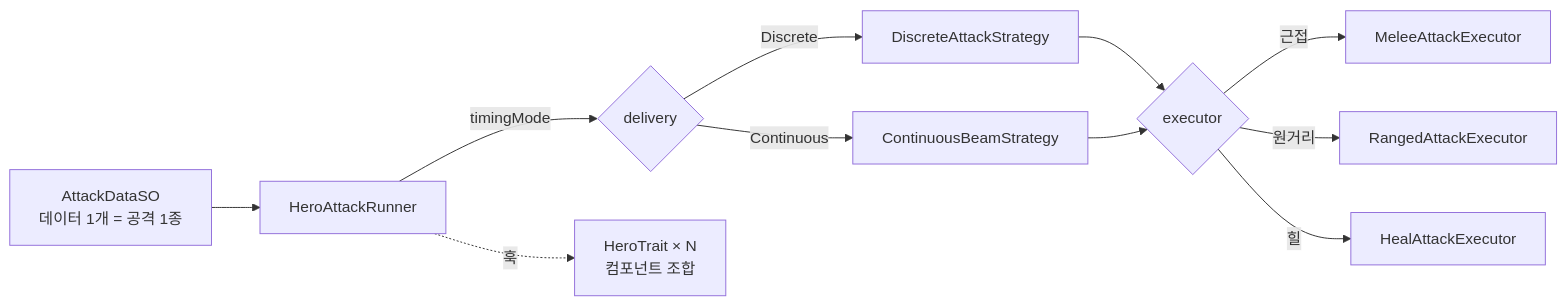
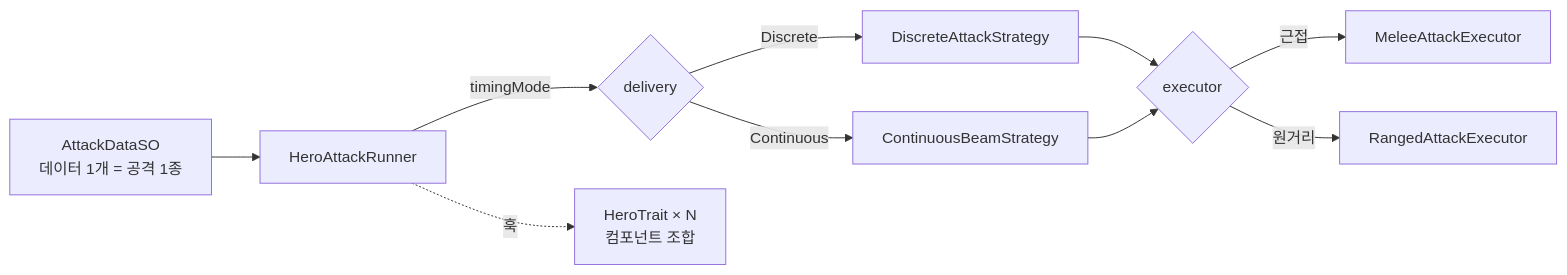
Before and after one commit to KimKwangHwan/GyoungYilARK: the first of 3 diagrams in README.md, drawn with Mermaid.

Commit message:
리드미 수정

````diff
--- a/README.md
+++ b/README.md
@@ -63,13 +63,12 @@
 ```mermaid
 graph LR
     ASO[AttackDataSO<br/>데이터 1개 = 공격 1종] --> RUN[HeroAttackRunner]
     RUN -->|timingMode| D{delivery}
     D -->|Discrete| D1[DiscreteAttackStrategy]
     D -->|Continuous| D2[ContinuousBeamStrategy]
     D1 --> E{executor}
     D2 --> E
     E -->|근접| E1[MeleeAttackExecutor]
     E -->|원거리| E2[RangedAttackExecutor]
-    E -->|힐| E3[HealAttackExecutor]
     RUN -.훅.-> T[HeroTrait × N<br/>컴포넌트 조합]
 ```
````
